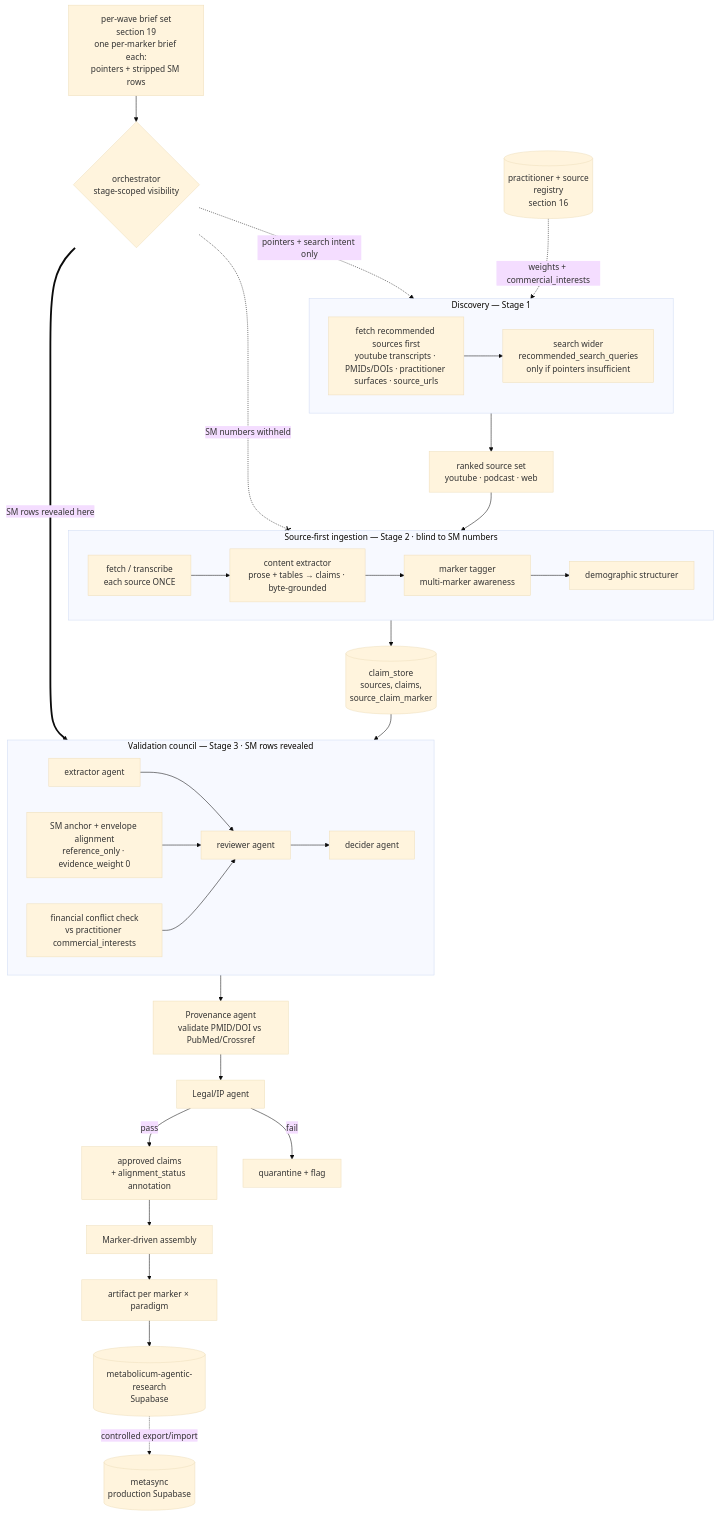
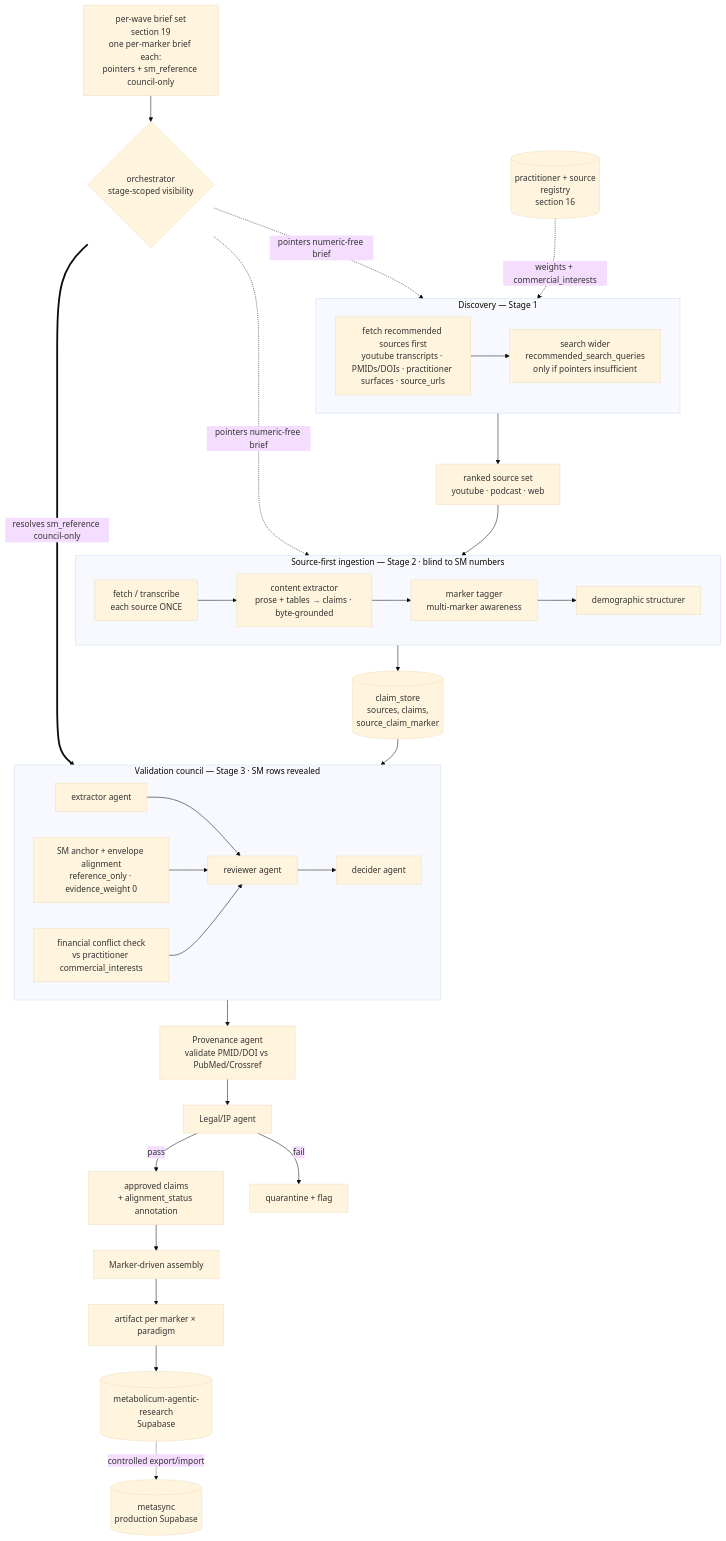
Before and after one commit to zolcal/metabolicum-agentic-research: the diagram in docs/agentic-workflow/02-architecture-overview.md, drawn with Mermaid (base theme). The commit also changed other lines of this file and 5 other files, not shown here.

First line of the commit message:
docs(agentic-workflow): adopt pointer-only briefs (sm_reference, council-only resolve)

````diff
--- a/docs/agentic-workflow/02-architecture-overview.md
+++ b/docs/agentic-workflow/02-architecture-overview.md
@@ -5,51 +5,51 @@
 ```mermaid
 flowchart TD
-    Brief[per-wave brief set<br/>section 19<br/>one per-marker brief each:<br/>pointers + stripped SM rows] --> Gate{orchestrator<br/>stage-scoped visibility}
-    Gate -.pointers + search intent only.-> Discovery
-    Gate -.SM numbers withheld.-x SourceFirst
-    Gate == SM rows revealed here ==> Council
+    Brief[per-wave brief set<br/>section 19<br/>one per-marker brief each:<br/>pointers + sm_reference council-only] --> Gate{orchestrator<br/>stage-scoped visibility}
+    Gate -.pointers numeric-free brief.-> Discovery
+    Gate -.pointers numeric-free brief.-> SourceFirst
+    Gate == resolves sm_reference council-only ==> Council
 
     subgraph Discovery[Discovery — Stage 1]
         D1[fetch recommended sources first<br/>youtube transcripts · PMIDs/DOIs · practitioner surfaces · source_urls]
         D2[search wider<br/>recommended_search_queries<br/>only if pointers insufficient]
         D1 --> D2
     end
 
     PractDoc[(practitioner + source<br/>registry<br/>section 16)] -.weights + commercial_interests.-> Discovery
     Discovery --> RankedSources[ranked source set<br/>youtube · podcast · web]
     RankedSources --> SourceFirst
 
     subgraph SourceFirst[Source-first ingestion — Stage 2 · blind to SM numbers]
         Fetch[fetch / transcribe<br/>each source ONCE]
         Extract[content extractor<br/>prose + tables → claims · byte-grounded]
         Tag[marker tagger<br/>multi-marker awareness]
         Demo[demographic structurer]
         Fetch --> Extract
         Extract --> Tag
         Tag --> Demo
     end
 
     SourceFirst --> ClaimStore[(claim_store<br/>sources, claims,<br/>source_claim_marker)]
     ClaimStore --> Council
 
     subgraph Council[Validation council — Stage 3 · SM rows revealed]
         Extractor2[extractor agent]
         Reviewer[reviewer agent]
         Decider[decider agent]
         Anchor[SM anchor + envelope alignment<br/>reference_only · evidence_weight 0]
         ConflictCheck[financial conflict check<br/>vs practitioner commercial_interests]
         Extractor2 --> Reviewer
         Reviewer --> Decider
         Anchor --> Reviewer
         ConflictCheck --> Reviewer
     end
 
     Council --> Prov[Provenance agent<br/>validate PMID/DOI vs PubMed/Crossref]
     Prov --> Legal[Legal/IP agent]
     Legal -->|pass| Approved[approved claims<br/>+ alignment_status annotation]
     Legal -->|fail| Quarantine[quarantine + flag]
     Approved --> Assembly[Marker-driven assembly]
     Assembly --> SQL[artifact per marker × paradigm]
     SQL --> AgenticSupabase[(metabolicum-agentic-research<br/>Supabase)]
     AgenticSupabase -.controlled export/import.-> MetasyncSupabase[(metasync<br/>production Supabase)]
 ```
````
